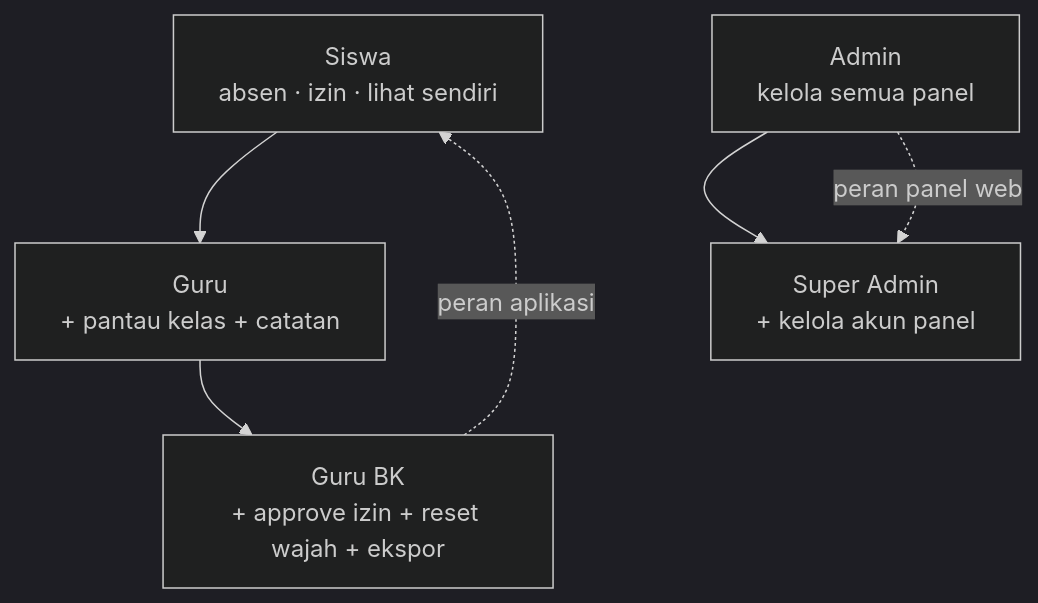
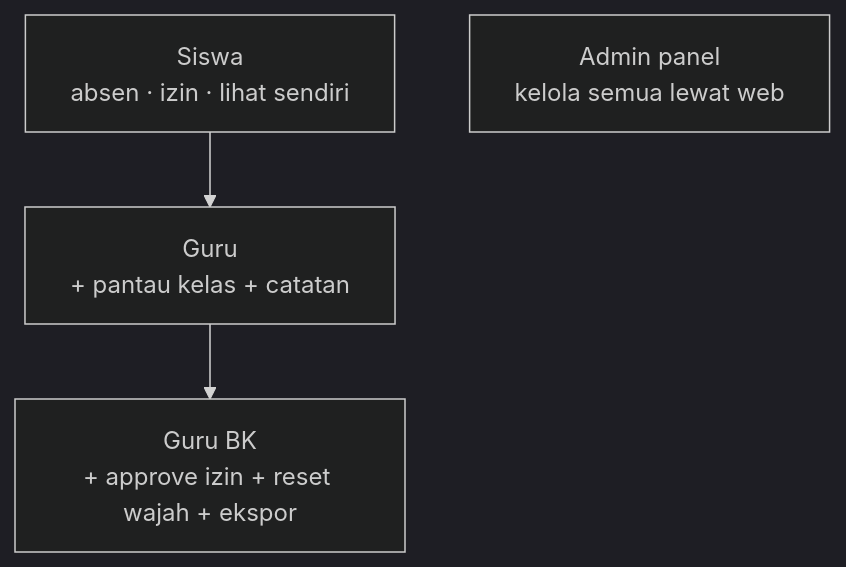
Before and after one commit to RenzyArmstrong/absensi-smefa-docs: the seventh of 7 diagrams in docs/FLOWCHARTS.md, drawn with Mermaid (dark theme). The commit also changed 4 other files, not shown here.

Commit message:
docs: satukan peran panel jadi satu Admin (tier super admin dihapus)

````diff
--- a/docs/FLOWCHARTS.md
+++ b/docs/FLOWCHARTS.md
@@ -128,13 +128,9 @@
 ```mermaid
 flowchart TD
     S[Siswa<br/>absen · izin · lihat sendiri]
     G[Guru<br/>+ pantau kelas + catatan]
     BK[Guru BK<br/>+ approve izin + reset wajah + ekspor]
-    AD[Admin<br/>kelola semua panel]
-    SA[Super Admin<br/>+ kelola akun panel]
+    AD[Admin panel<br/>kelola semua lewat web]
 
     S --> G --> BK
-    AD --> SA
-    BK -.->|peran aplikasi| S
-    AD -.->|peran panel web| SA
 ```
````
